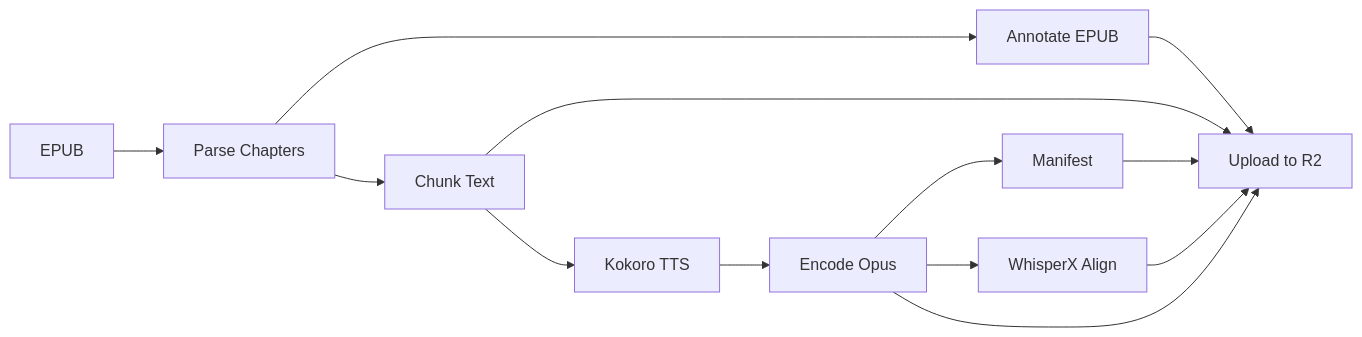
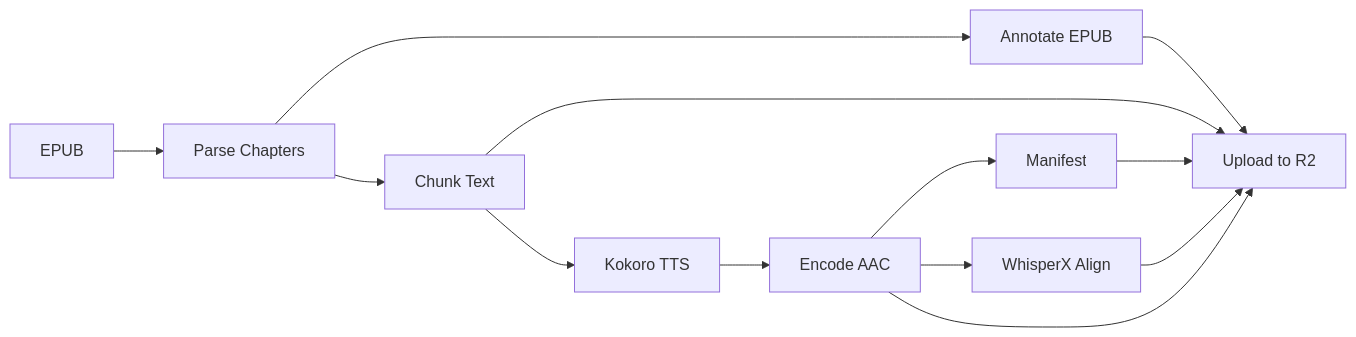
One commit to jkoeh/openshelf changed the diagram in README.md. Above: the diagram before and after it, drawn with Mermaid. The commit also changed other lines of this file and 16 other files, not shown here.

````diff
--- a/README.md
+++ b/README.md
@@ -7,15 +7,15 @@
 ```mermaid
 graph LR
     A[EPUB] --> B[Parse Chapters]
     B --> C[Annotate EPUB]
     B --> D[Chunk Text]
     D --> E[Kokoro TTS]
-    E --> F[Encode Opus]
+    E --> F[Encode AAC]
     F --> G[Manifest]
     F --> H[WhisperX Align]
     C --> I[Upload to R2]
     D --> I
     G --> I
     H --> I
     F --> I
 ```
````
